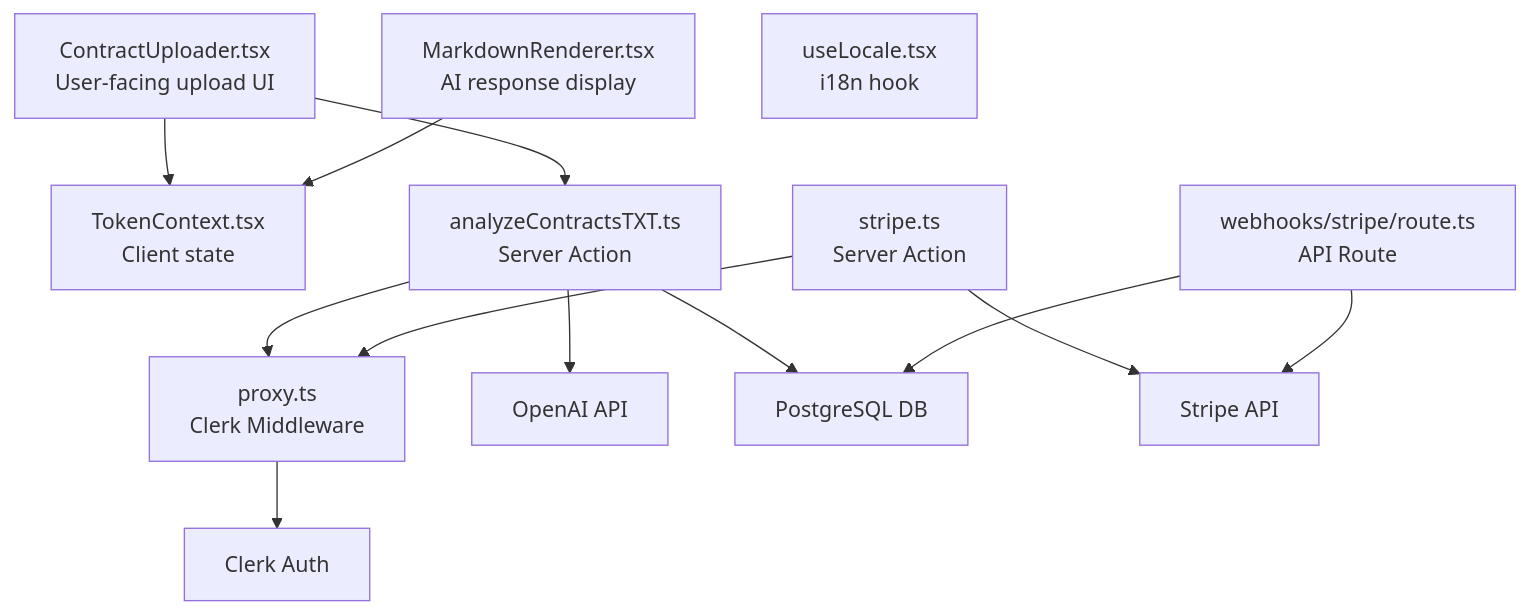
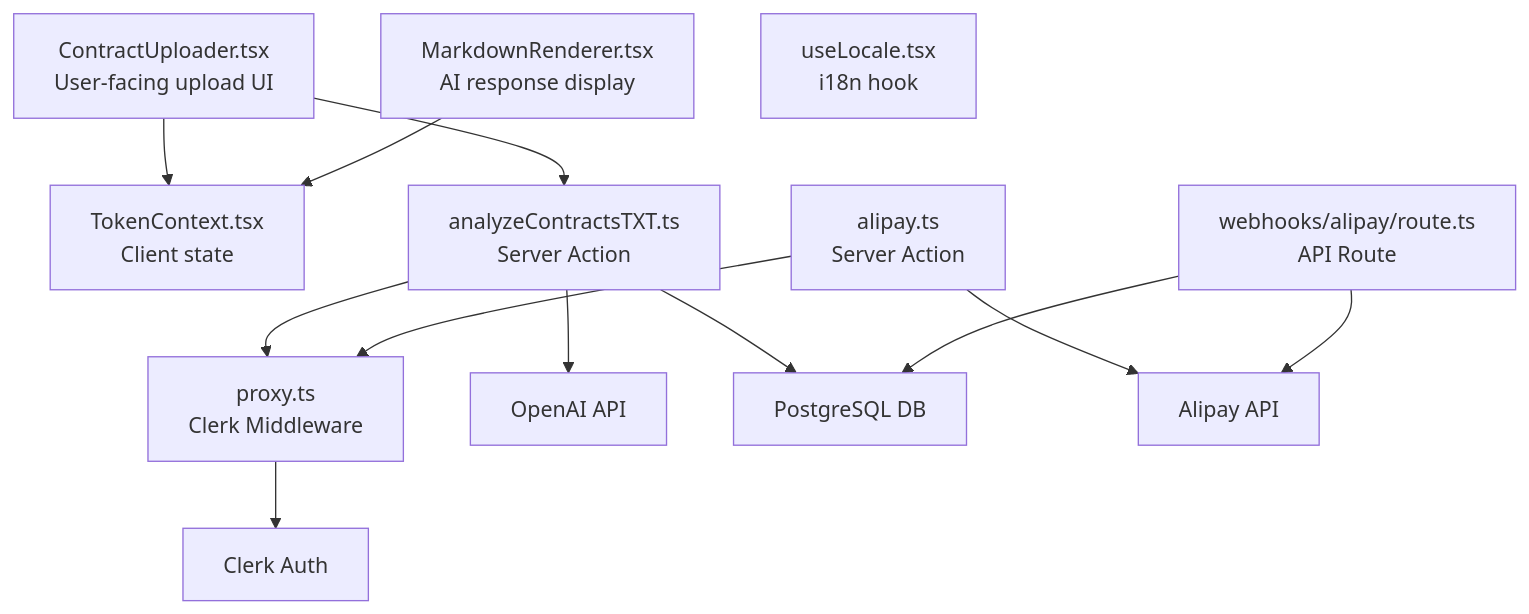
Before and after one commit to duzhongli-d/contractagent: the sixth of 7 diagrams in docs/architecture/COMPONENT_INTERACTIONS.md, drawn with Mermaid. The commit also changed other lines of this file and 38 other files, not shown here.

````diff
--- a/docs/architecture/COMPONENT_INTERACTIONS.md
+++ b/docs/architecture/COMPONENT_INTERACTIONS.md
@@ -290,27 +299,27 @@
 ```mermaid
 graph TD
     ContractUploader["ContractUploader.tsx<br/>User-facing upload UI"]
     MarkdownRenderer["MarkdownRenderer.tsx<br/>AI response display"]
     TokenContext["TokenContext.tsx<br/>Client state"]
     useLocale["useLocale.tsx<br/>i18n hook"]
 
     analyzeAction["analyzeContractsTXT.ts<br/>Server Action"]
-    stripeAction["stripe.ts<br/>Server Action"]
+    alipayAction["alipay.ts<br/>Server Action"]
 
     Proxy["proxy.ts<br/>Clerk Middleware"]
-    StripeWebhook["webhooks/stripe/route.ts<br/>API Route"]
+    AlipayWebhook["webhooks/alipay/route.ts<br/>API Route"]
 
     ContractUploader --> TokenContext
     ContractUploader --> analyzeAction
     MarkdownRenderer --> TokenContext
 
     analyzeAction --> Proxy
-    stripeAction --> Proxy
+    alipayAction --> Proxy
 
     Proxy --> Clerk_Ext["Clerk Auth"]
     analyzeAction --> OpenAI_Ext["OpenAI API"]
     analyzeAction --> PostgreSQL_Ext["PostgreSQL DB"]
-    stripeAction --> Stripe_Ext["Stripe API"]
-    StripeWebhook --> Stripe_Ext
-    StripeWebhook --> PostgreSQL_Ext
+    alipayAction --> Alipay_Ext["Alipay API"]
+    AlipayWebhook --> Alipay_Ext
+    AlipayWebhook --> PostgreSQL_Ext
 ```
````
